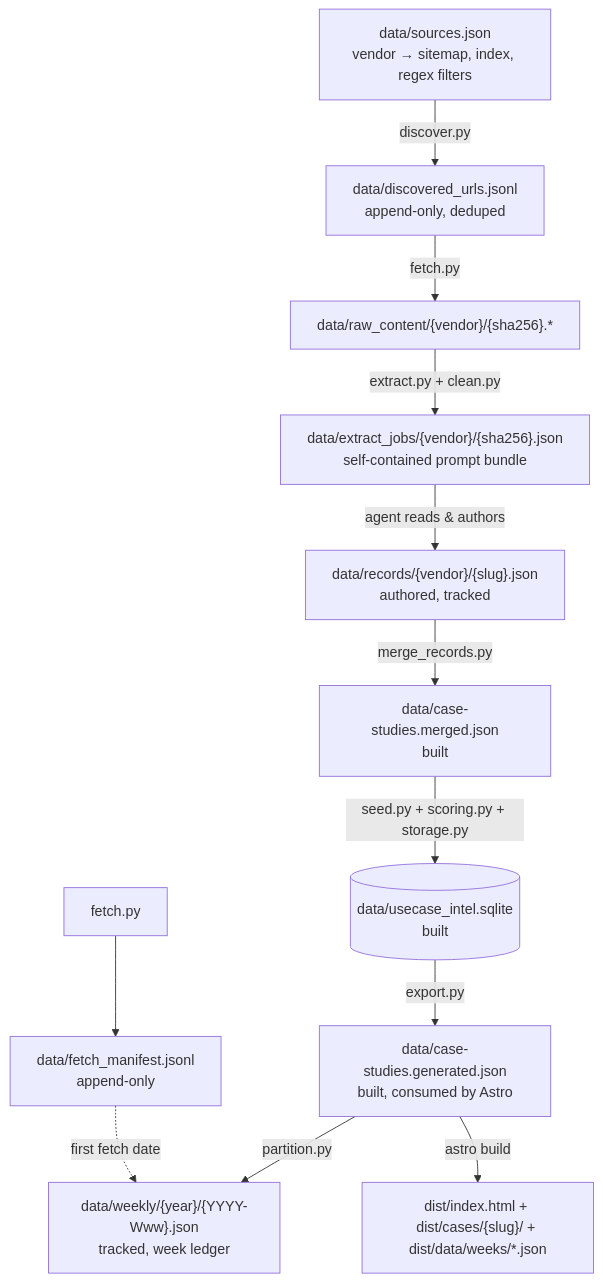
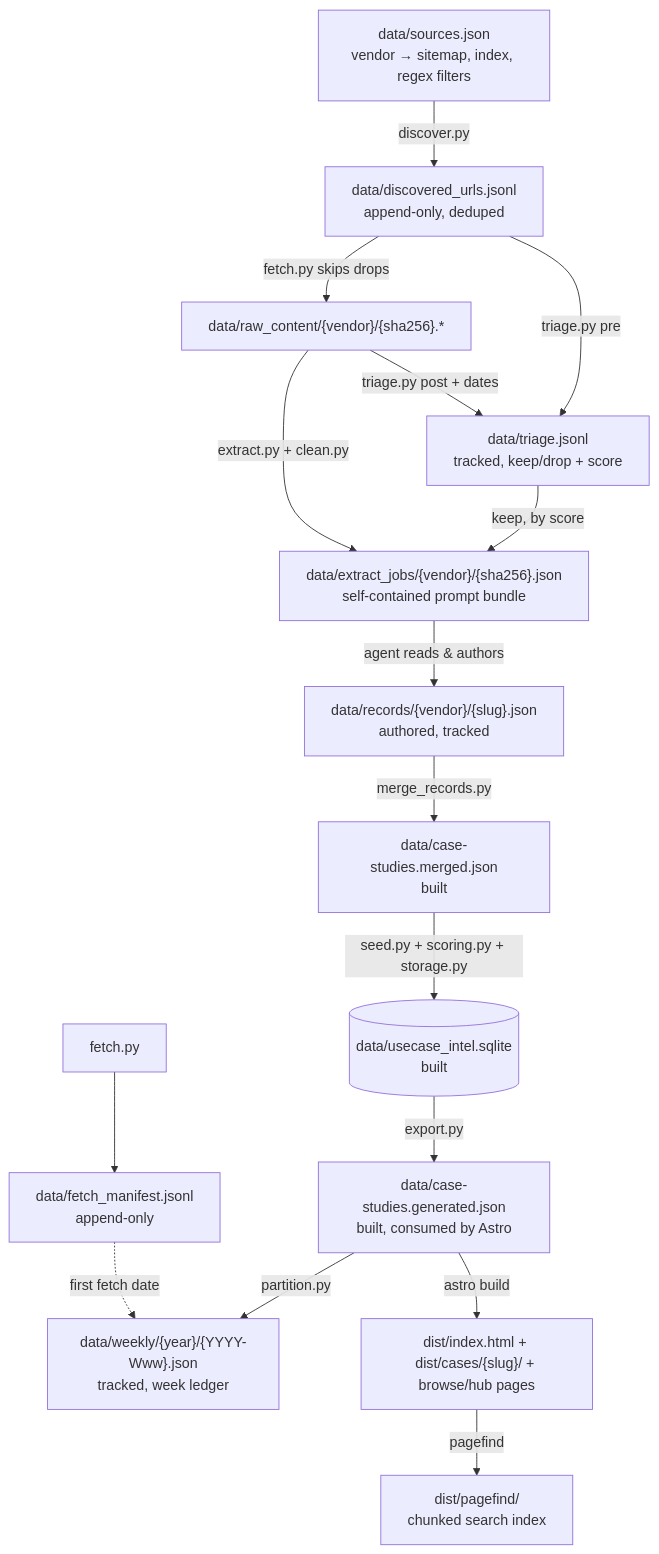
Before and after one commit to vibewatch/usecase: the second of 2 diagrams in ARCHITECTURE.md, drawn with Mermaid. The commit also changed other lines of this file and 36 other files, not shown here.

````diff
--- a/ARCHITECTURE.md
+++ b/ARCHITECTURE.md
@@ -55,26 +55,32 @@
 ```mermaid
 flowchart TD
   src[data/sources.json<br/>vendor → sitemap, index, regex filters]
   disc[data/discovered_urls.jsonl<br/>append-only, deduped]
   raw[data/raw_content/&lcub;vendor&rcub;/&lcub;sha256&rcub;.*]
   manifest[data/fetch_manifest.jsonl<br/>append-only]
   job[data/extract_jobs/&lcub;vendor&rcub;/&lcub;sha256&rcub;.json<br/>self-contained prompt bundle]
   rec[data/records/&lcub;vendor&rcub;/&lcub;slug&rcub;.json<br/>authored, tracked]
   merged[data/case-studies.merged.json<br/>built]
   db[(data/usecase_intel.sqlite<br/>built)]
   gen[data/case-studies.generated.json<br/>built, consumed by Astro]
   weekly[data/weekly/&lcub;year&rcub;/&lcub;YYYY-Www&rcub;.json<br/>tracked, week ledger]
-  dash[dist/index.html + dist/cases/&lcub;slug&rcub;/ + dist/data/weeks/*.json]
+  dash[dist/index.html + dist/cases/&lcub;slug&rcub;/ + browse/hub pages]
+  triage[data/triage.jsonl<br/>tracked, keep/drop + score]
+  pf[dist/pagefind/<br/>chunked search index]
 
   src -- discover.py --> disc
-  disc -- fetch.py --> raw
+  disc -- triage.py pre --> triage
+  disc -- fetch.py skips drops --> raw
   fetch.py --> manifest
+  raw -- triage.py post + dates --> triage
+  triage -- keep, by score --> job
   raw -- extract.py + clean.py --> job
   job -- "agent reads & authors" --> rec
   rec -- merge_records.py --> merged
   merged -- seed.py + scoring.py + storage.py --> db
   db -- export.py --> gen
   gen -- partition.py --> weekly
   manifest -. first fetch date .-> weekly
   gen -- astro build --> dash
+  dash -- pagefind --> pf
 ```
````
